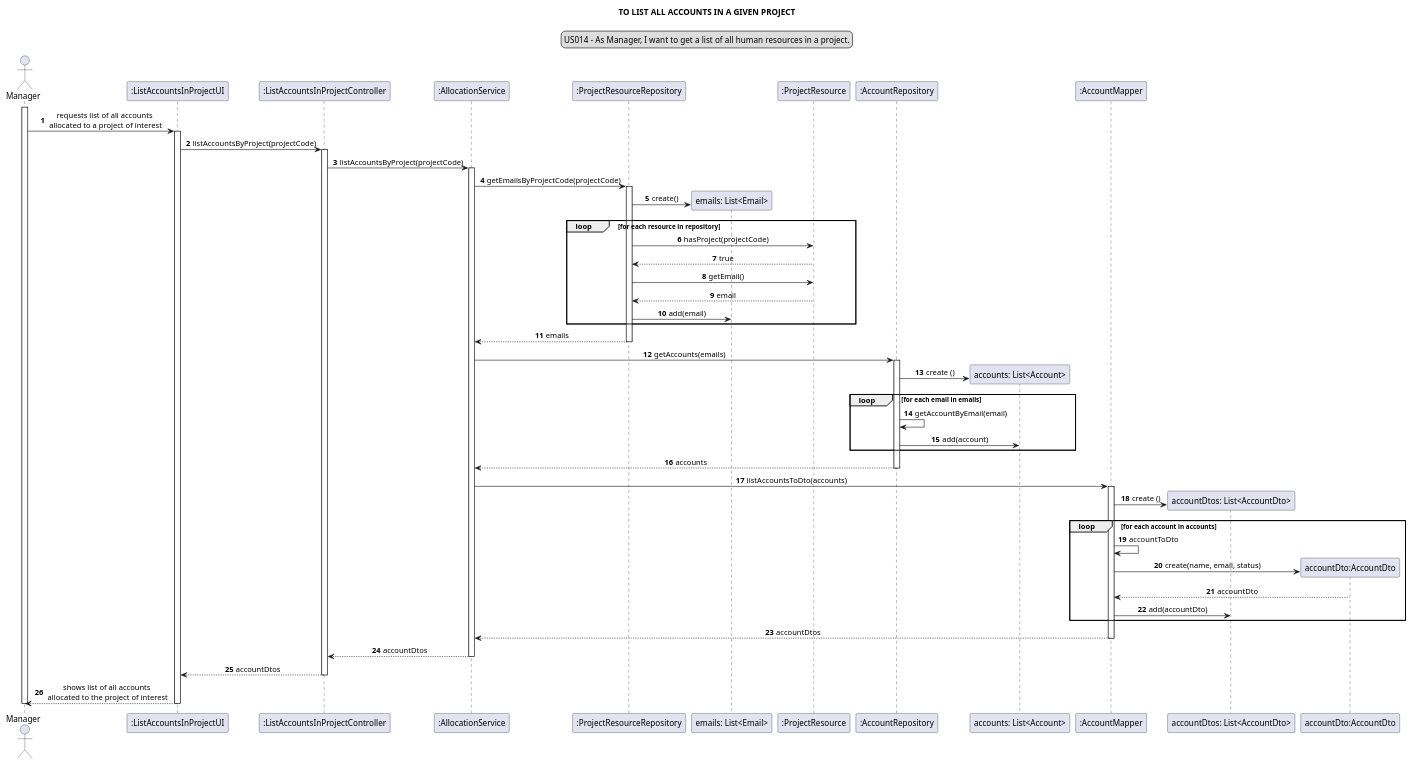
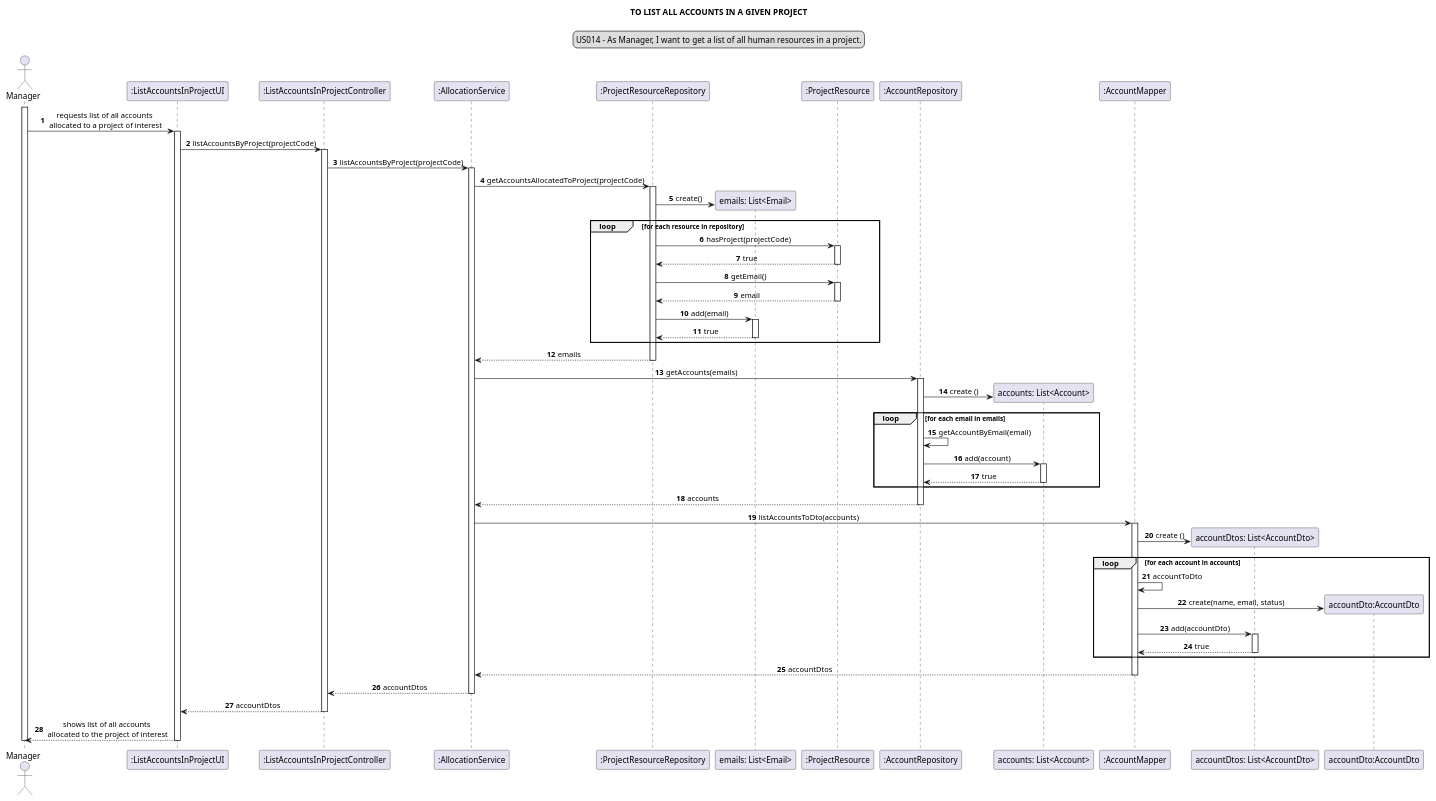
One commit to Loracline/project_switch_22-23 changed the diagram in docs/modelling_design/user_stories/sprint02/us014/US014_sequenceDiagram_ddd.puml. Above: the diagram before and after it, drawn with PlantUML. The commit also changed 1 other file, not shown here.

Commit message:
US014: Desgin: Renamed 'getEmailsByProjectCode' method to 'getAccountsAllocatedToProject' in both sequence and class diagrams, addresses #435

```diff
--- a/docs/modelling_design/user_stories/sprint02/us014/US014_sequenceDiagram_ddd.puml
+++ b/docs/modelling_design/user_stories/sprint02/us014/US014_sequenceDiagram_ddd.puml
@@ -1,75 +1,87 @@
 @startuml
 
 skinparam sequenceMessageAlign center
 title TO LIST ALL ACCOUNTS IN A GIVEN PROJECT
 legend top
 US014 - As Manager, I want to get a list of all human resources in a project.
 end legend
 autonumber
 actor Manager
 
 participant ":ListAccountsInProjectUI" as ui
 participant ":ListAccountsInProjectController" as controller
 participant ":AllocationService" as service
 participant ":ProjectResourceRepository" as resourceRepo
 participant "emails: List<Email>" as emailList
 participant ":ProjectResource" as resource
 participant ":AccountRepository" as accountRepo
 participant "accounts: List<Account>" as list
 participant ":AccountMapper" as mapper
 participant "accountDtos: List<AccountDto>" as dtoList
 participant "accountDto:AccountDto" as dto
 
 
 activate Manager
 Manager -> ui: requests list of all accounts\n allocated to a project of interest
 activate ui
 ui -> controller: listAccountsByProject(projectCode)
 activate controller
 controller -> service: listAccountsByProject(projectCode)
 activate service
-service -> resourceRepo: getEmailsByProjectCode(projectCode)
+service -> resourceRepo: getAccountsAllocatedToProject(projectCode)
 activate resourceRepo
 create emailList
 resourceRepo -> emailList: create()
 loop for each resource in repository
 resourceRepo -> resource: hasProject(projectCode)
+activate resource
 resource --> resourceRepo: true
+deactivate
 resourceRepo -> resource: getEmail()
+activate resource
 resource --> resourceRepo: email
+deactivate
 resourceRepo -> emailList: add(email)
+activate emailList
+emailList --> resourceRepo: true
+deactivate
 end loop
 service <-- resourceRepo:  emails
 deactivate resourceRepo
 service -> accountRepo: getAccounts(emails)
 activate accountRepo
 create list
 accountRepo -> list: create ()
 loop for each email in emails
 accountRepo -> accountRepo: getAccountByEmail(email)
 accountRepo -> list: add(account)
+activate list
+list --> accountRepo: true
+deactivate
 end loop
 accountRepo --> service: accounts
 deactivate accountRepo
 service -> mapper: listAccountsToDto(accounts)
 activate mapper
 create dtoList
 mapper -> dtoList: create ()
 loop for each account in accounts
 mapper -> mapper: accountToDto
 create dto
 mapper -> dto: create(name, email, status)
-mapper <-- dto: accountDto
 mapper -> dtoList: add(accountDto)
+activate dtoList
+dtoList --> mapper: true
+deactivate
 end loop
 mapper --> service: accountDtos
 deactivate mapper
 service --> controller: accountDtos
 deactivate service
 controller --> ui: accountDtos
 deactivate controller
 ui --> Manager: shows list of all accounts\n allocated to the project of interest
 deactivate ui
 deactivate Manager
 
 @enduml
```
